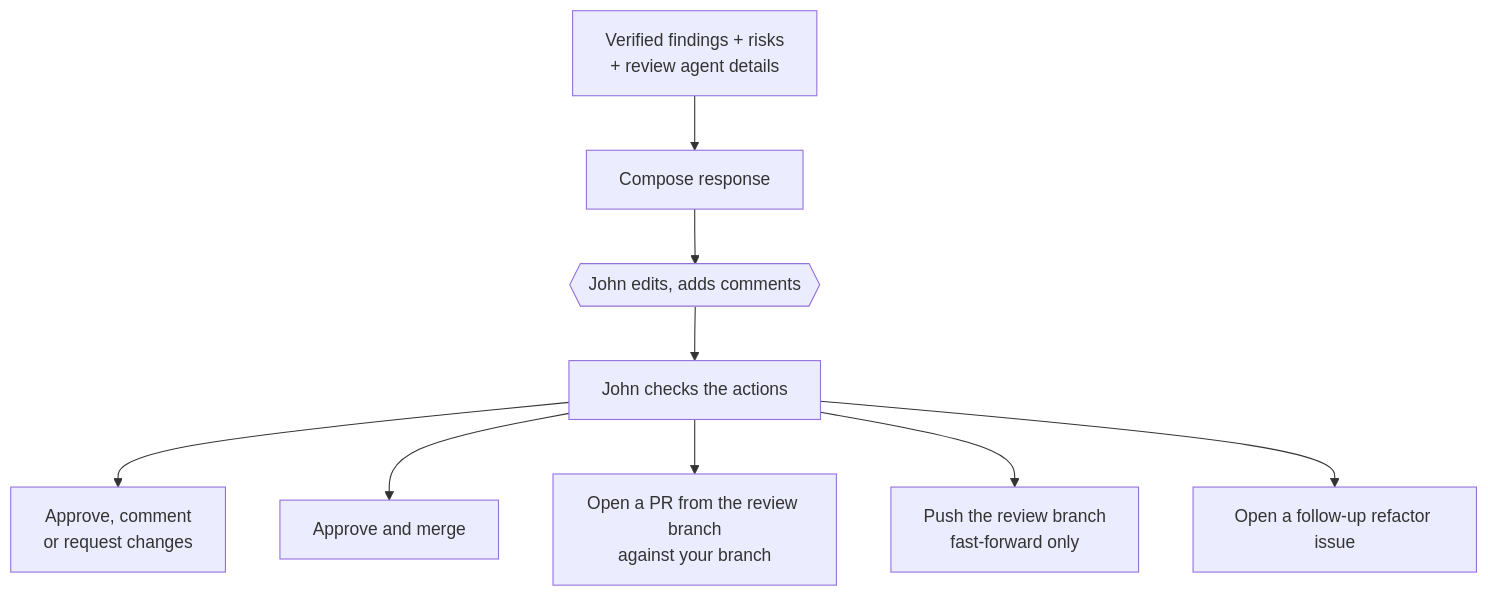
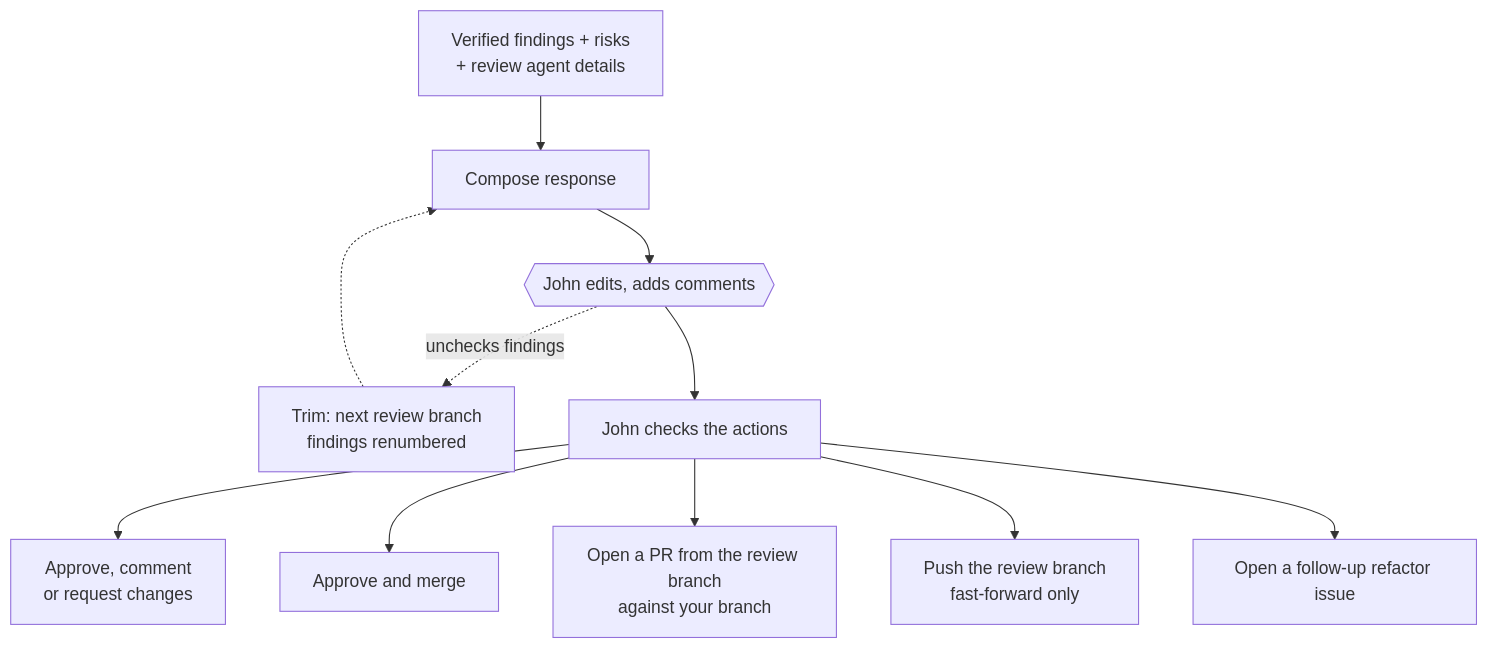
One commit to jmchilton/galaxy-brain changed the fourth of 4 diagrams in vault/agents/factory/REVIEW_FACTORY.md. Above: the diagram before and after it, drawn with Mermaid. The commit also changed other lines of this file and 10 other files, not shown here.

First line of the commit message:
reviews: trim findings checklist; factory page pass

````diff
--- a/vault/agents/factory/REVIEW_FACTORY.md
+++ b/vault/agents/factory/REVIEW_FACTORY.md
@@ -76,11 +85,13 @@
 ```mermaid
 flowchart TD
   In["Verified findings + risks<br/>+ review agent details"] --> C["Compose response"]
   C --> J{{"John edits, adds comments"}}
+  J -.->|"unchecks findings"| T["Trim: next review branch<br/>findings renumbered"]
+  T -.-> C
   J --> A["John checks the actions"]
   A --> Rv["Approve, comment<br/>or request changes"]
   A --> M["Approve and merge"]
   A --> BP["Open a PR from the review branch<br/>against your branch"]
   A --> Pu["Push the review branch<br/>fast-forward only"]
   A --> Is["Open a follow-up refactor issue"]
 ```
````
